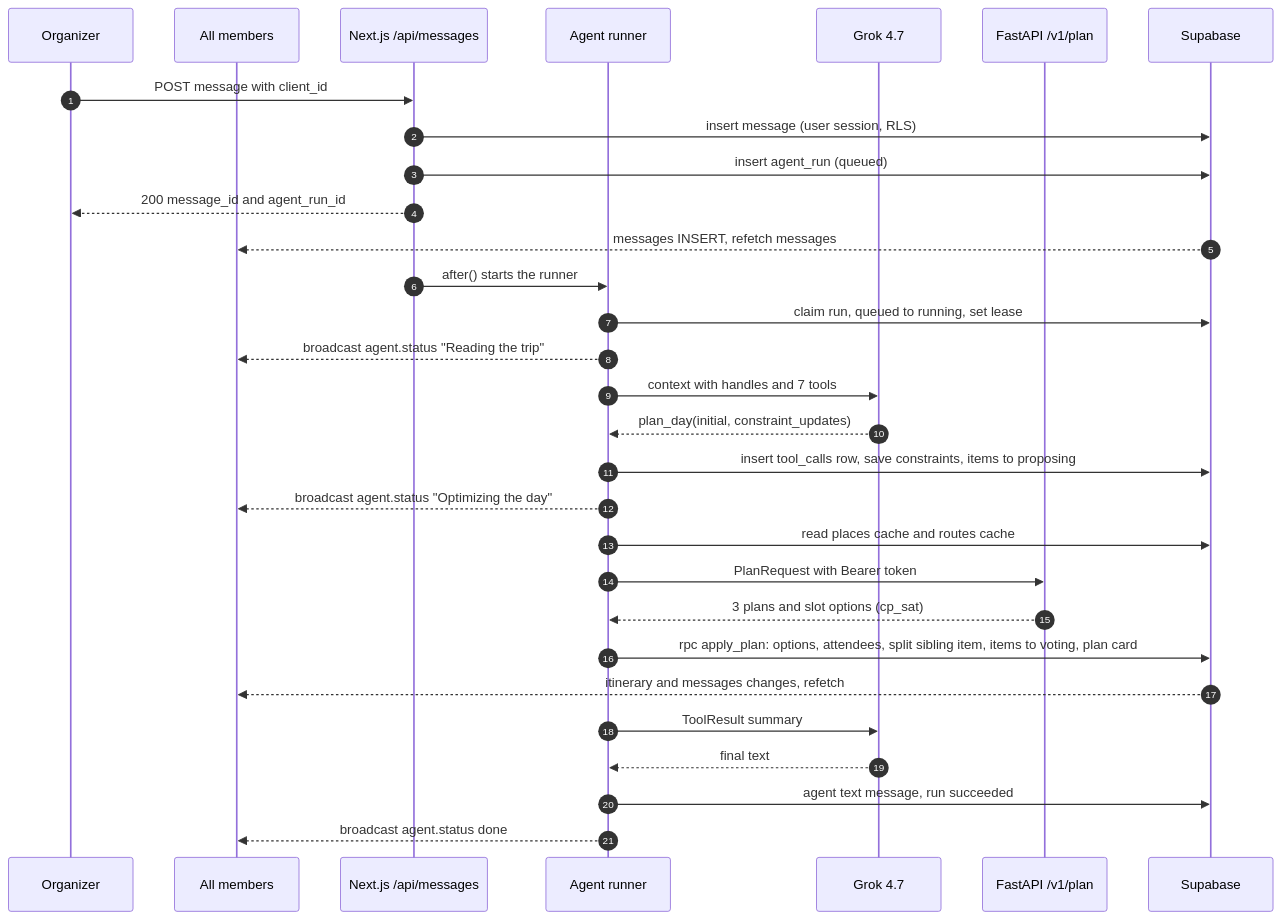
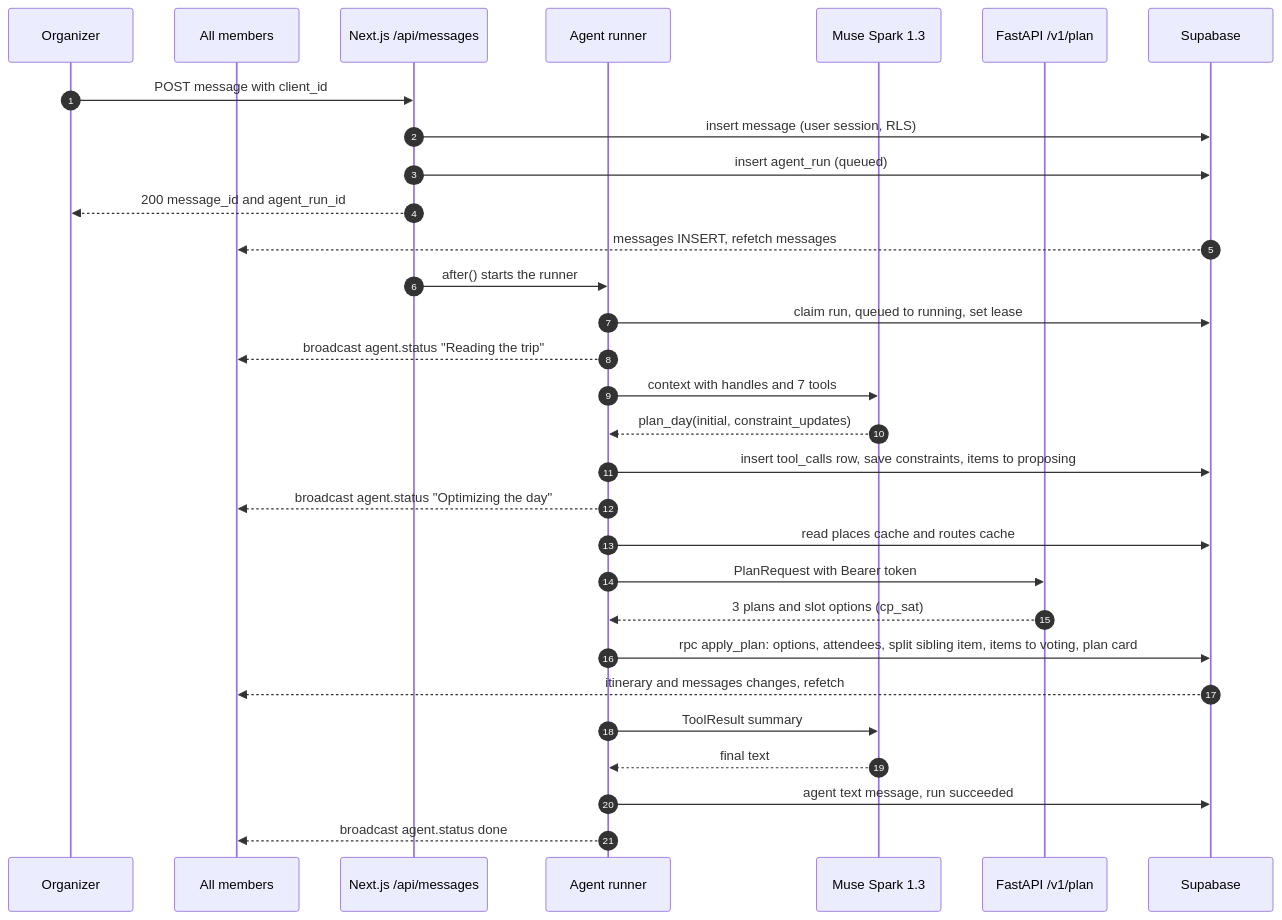
The seventh of 12 diagrams in planning/design.md (YearningAsian/agentic-group-planner), drawn with Mermaid before and after one commit. The commit also changed other lines of this file and 6 other files, not shown here.

````diff
--- a/planning/design.md
+++ b/planning/design.md
@@ -1316,32 +1349,32 @@
 ```mermaid
 sequenceDiagram
     autonumber
     participant Org as Organizer
     participant All as All members
     participant API as Next.js /api/messages
     participant Run as Agent runner
-    participant LLM as Grok 4.7
+    participant LLM as Muse Spark 1.3
     participant Solver as FastAPI /v1/plan
     participant DB as Supabase
     Org->>API: POST message with client_id
     API->>DB: insert message (user session, RLS)
     API->>DB: insert agent_run (queued)
     API-->>Org: 200 message_id and agent_run_id
     DB-->>All: messages INSERT, refetch messages
     API->>Run: after() starts the runner
     Run->>DB: claim run, queued to running, set lease
     Run-->>All: broadcast agent.status "Reading the trip"
     Run->>LLM: context with handles and 7 tools
     LLM-->>Run: plan_day(initial, constraint_updates)
     Run->>DB: insert tool_calls row, save constraints, items to proposing
     Run-->>All: broadcast agent.status "Optimizing the day"
     Run->>DB: read places cache and routes cache
     Run->>Solver: PlanRequest with Bearer token
     Solver-->>Run: 3 plans and slot options (cp_sat)
     Run->>DB: rpc apply_plan: options, attendees, split sibling item, items to voting, plan card
     DB-->>All: itinerary and messages changes, refetch
     Run->>LLM: ToolResult summary
     LLM-->>Run: final text
     Run->>DB: agent text message, run succeeded
     Run-->>All: broadcast agent.status done
 ```
````
